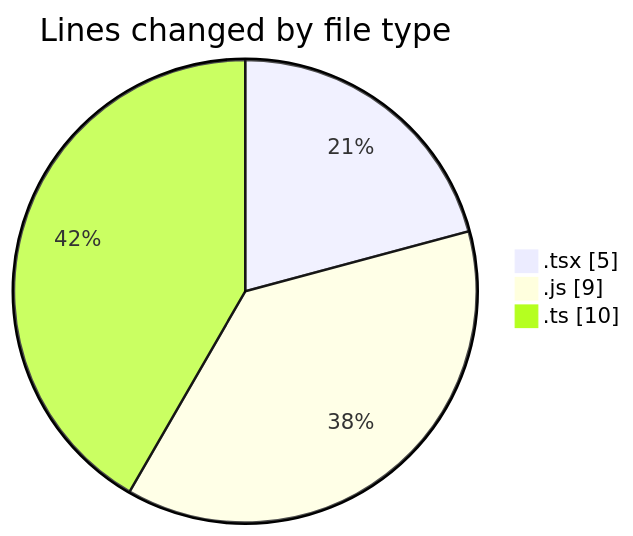
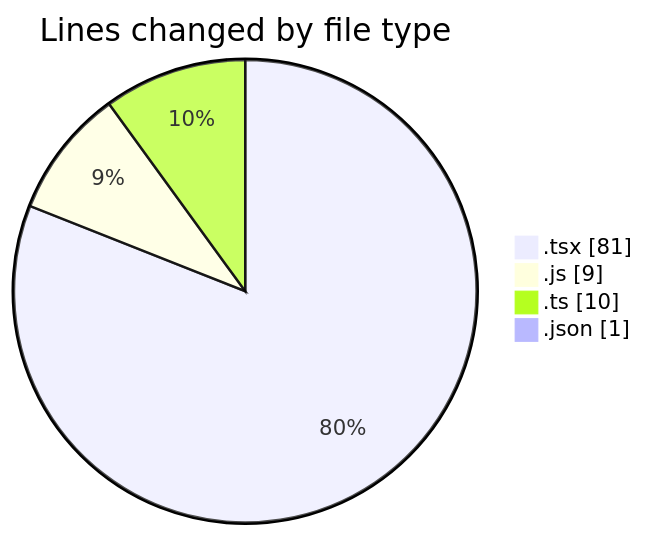
One commit to Elitesun/code-tracking changed the first of 2 diagrams in 2025-04-11/product-page/README.md. Above: the diagram before and after it, drawn with Mermaid. The commit also changed other lines of this file and 1 other file, not shown here.

````diff
--- a/2025-04-11/product-page/README.md
+++ b/2025-04-11/product-page/README.md
@@ -22,7 +24,8 @@
 ```mermaid
 pie showData
 title Lines changed by file type
-".tsx" : 5
+".tsx" : 81
 ".js" : 9
 ".ts" : 10
+".json" : 1
 ```
````
